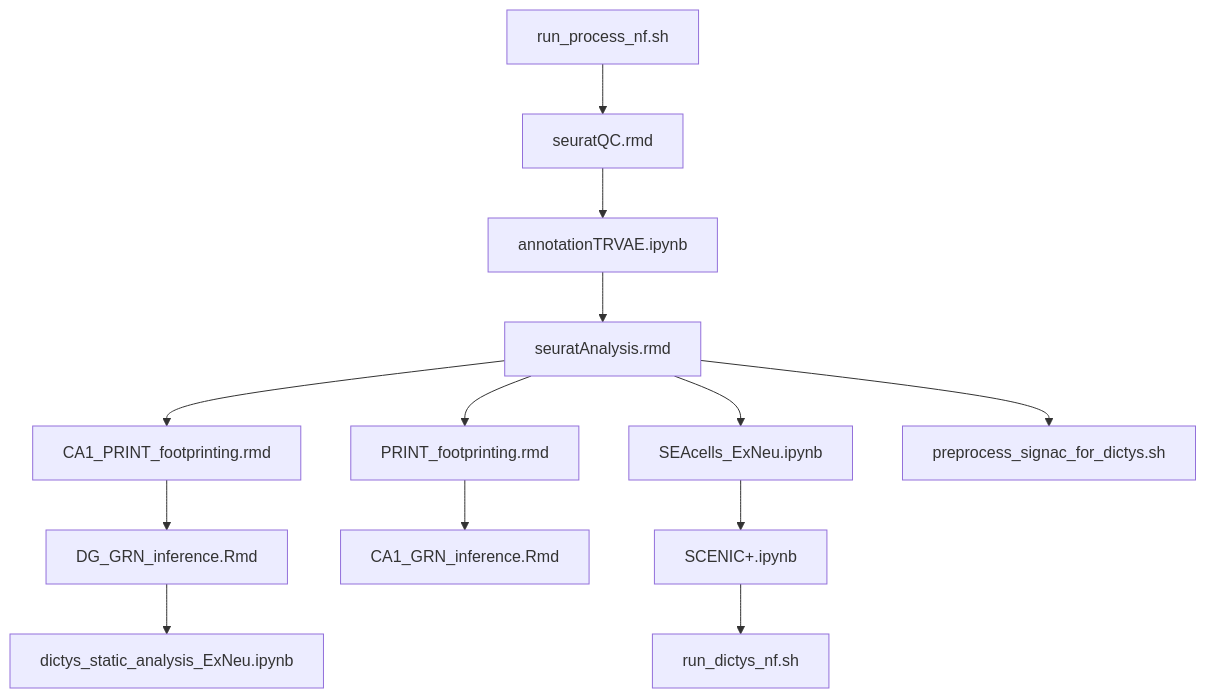
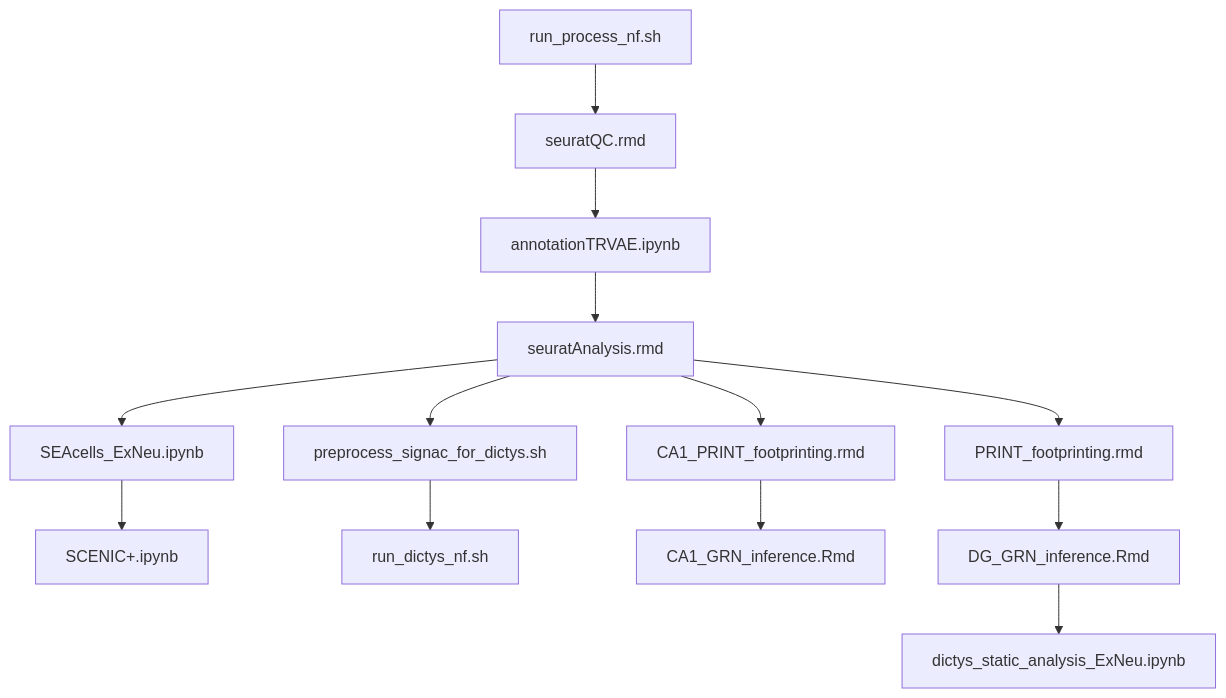
One commit to AndyCGraham/thesis changed the diagram in README.md. Above: the diagram before and after it, drawn with Mermaid.

Commit message:
Fix: fixed readme graph

````diff
--- a/README.md
+++ b/README.md
@@ -28,15 +28,15 @@
 ```mermaid
     graph TD;
         A[run_process_nf.sh] --> B[seuratQC.rmd];
         B --> C[annotationTRVAE.ipynb];
         C --> D[seuratAnalysis.rmd];
         D --> E[PRINT_footprinting.rmd];
         D --> F[CA1_PRINT_footprinting.rmd];
         D --> G[SEAcells_ExNeu.ipynb];
         G --> H[SCENIC+.ipynb];
         D --> I[preprocess_signac_for_dictys.sh];
-        H --> J[run_dictys_nf.sh];
-        E --> K[CA1_GRN_inference.Rmd];
-        F --> L[DG_GRN_inference.Rmd];
+        I --> J[run_dictys_nf.sh];
+        F --> K[CA1_GRN_inference.Rmd];
+        E --> L[DG_GRN_inference.Rmd];
         L --> M[dictys_static_analysis_ExNeu.ipynb]
 ```
````
